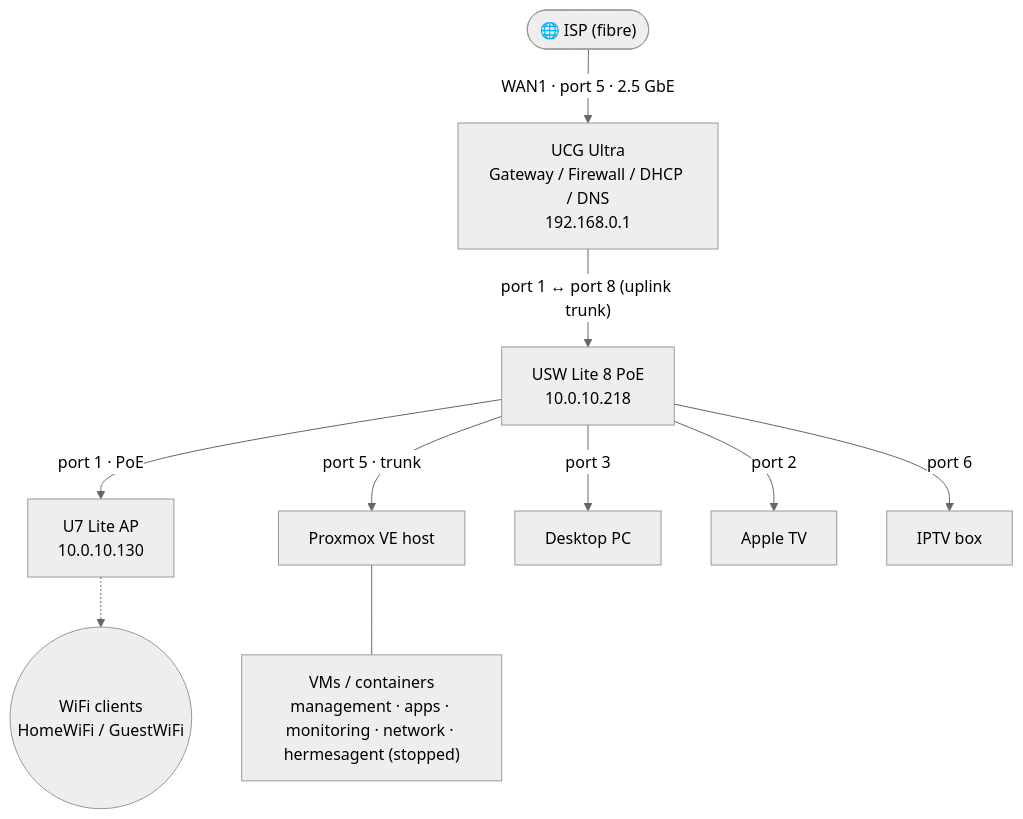
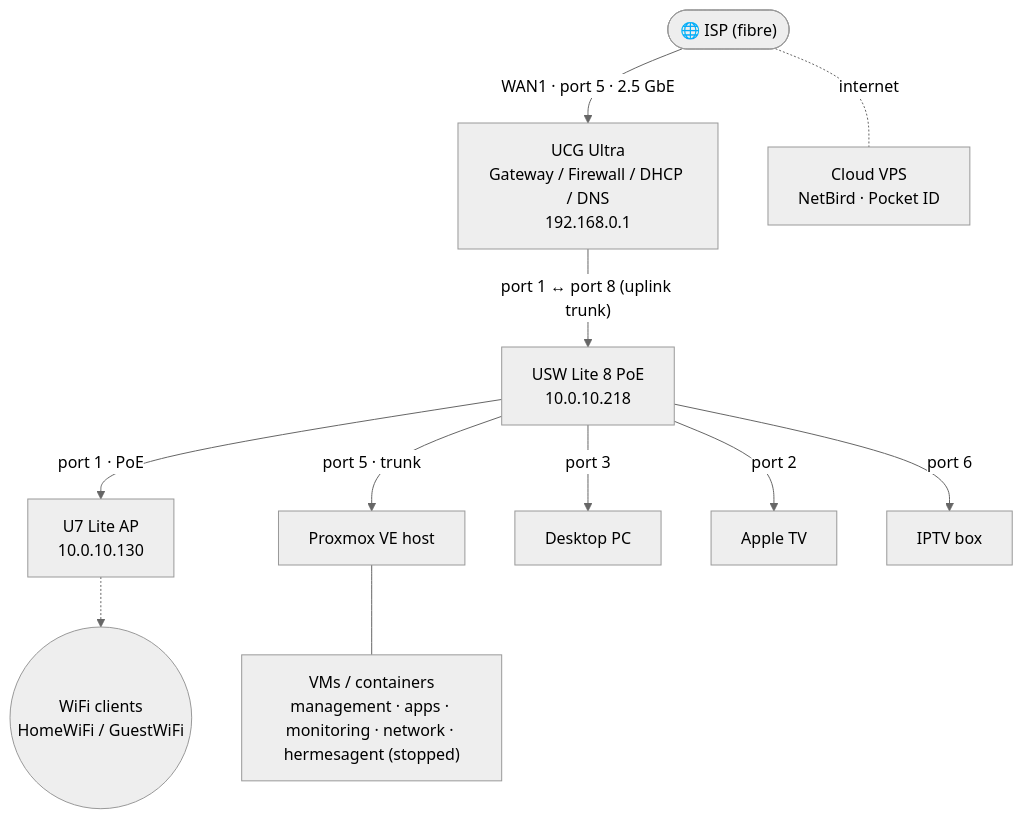
The first of 2 diagrams in README.md (shaaz-f/home-server), drawn with Mermaid (neutral theme) before and after one commit. The commit also changed other lines of this file and 4 other files, not shown here.

Commit message:
Document cloud VPS with NetBird and Pocket ID

````diff
--- a/README.md
+++ b/README.md
@@ -26,23 +27,25 @@
 ```mermaid
 flowchart TD
     ISP(["🌐 ISP (fibre)"])
     GW["UCG Ultra<br/>Gateway / Firewall / DHCP / DNS<br/>192.168.0.1"]
     SW["USW Lite 8 PoE<br/>10.0.10.218"]
     AP["U7 Lite AP<br/>10.0.10.130"]
     PVE["Proxmox VE host"]
     PC["Desktop PC"]
     ATV["Apple TV"]
     OTV["IPTV box"]
     WIFI(("WiFi clients<br/>HomeWiFi / GuestWiFi"))
     VMS["VMs / containers<br/>management · apps · monitoring · network · hermesagent (stopped)"]
+    CLOUD["Cloud VPS<br/>NetBird · Pocket ID"]
 
     ISP -- "WAN1 · port 5 · 2.5 GbE" --> GW
     GW -- "port 1 ↔ port 8 (uplink trunk)" --> SW
     SW -- "port 1 · PoE" --> AP
     SW -- "port 2" --> ATV
     SW -- "port 3" --> PC
     SW -- "port 5 · trunk" --> PVE
     SW -- "port 6" --> OTV
     AP -.-> WIFI
     PVE --- VMS
+    ISP -. "internet" .- CLOUD
 ```
````
